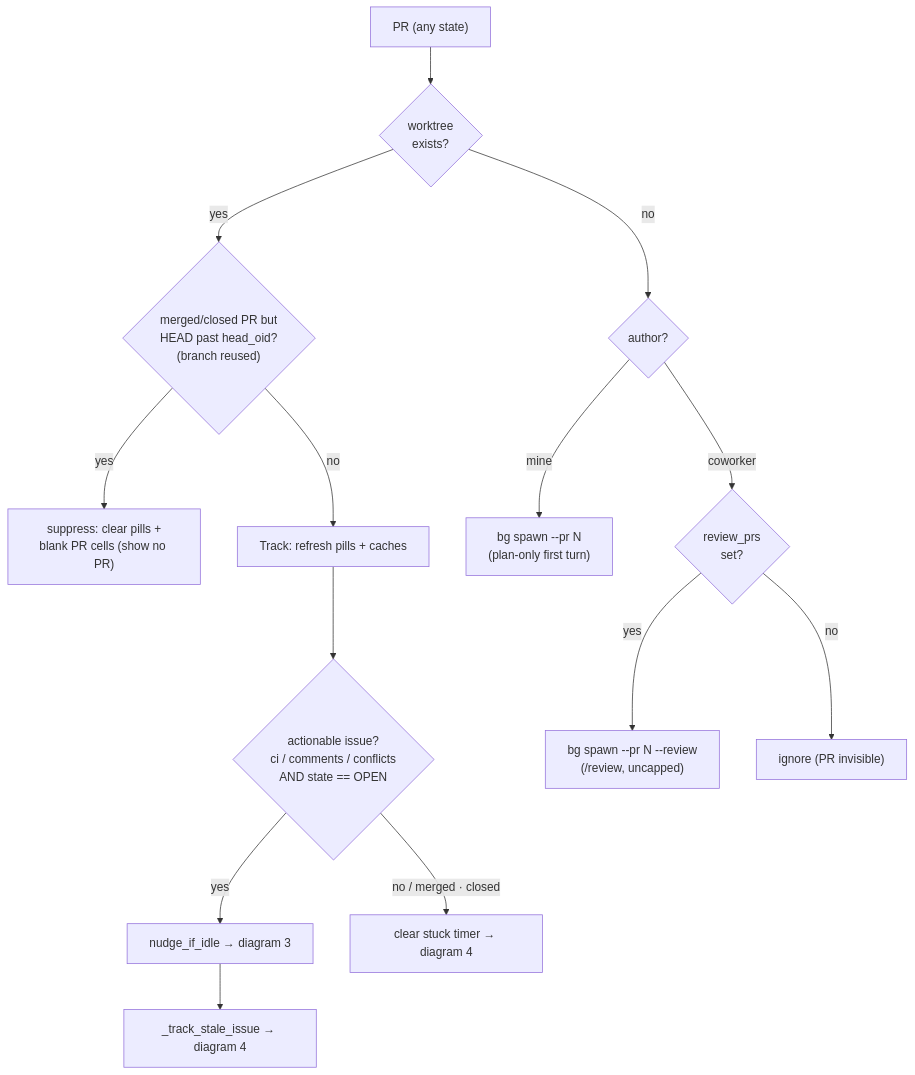
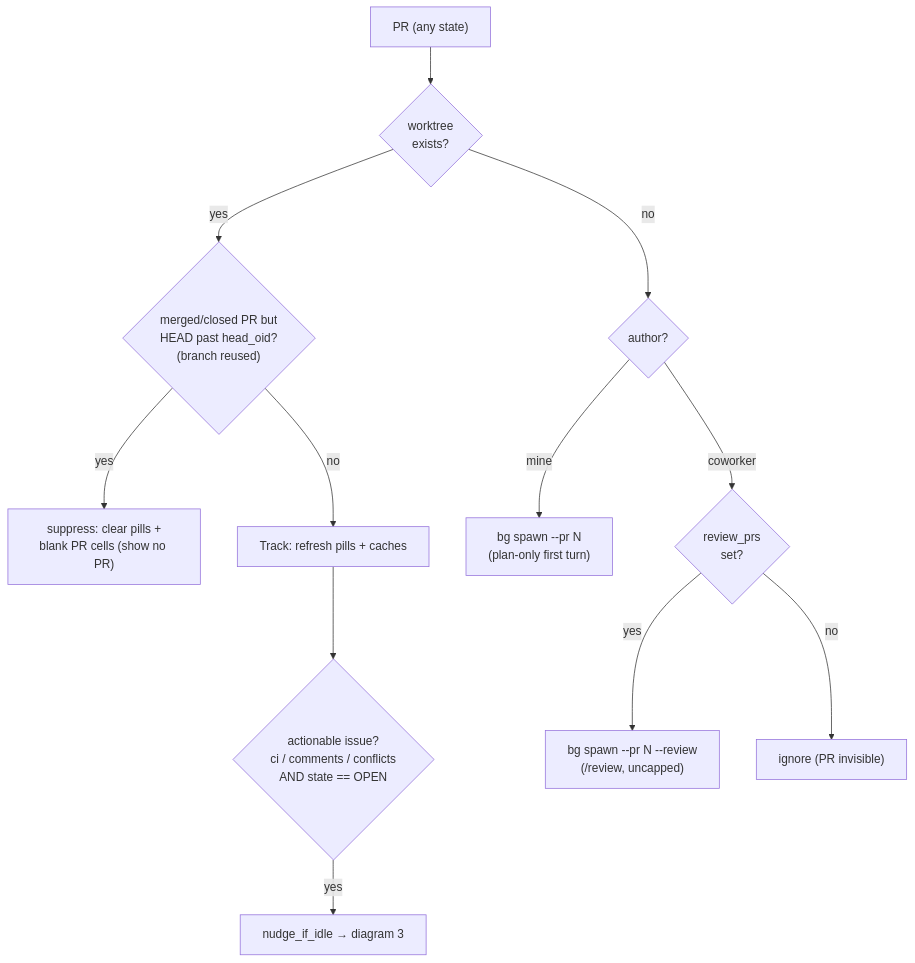
Before and after one commit to khivi/cockpit: the second of 5 diagrams in docs/state-machine.md, drawn with Mermaid. The commit also changed other lines of this file and 136 other files, not shown here.

````diff
--- a/docs/state-machine.md
+++ b/docs/state-machine.md
@@ -88,18 +85,16 @@
 ```mermaid
 flowchart TD
   P["PR (any state)"] --> WT{"worktree<br/>exists?"}
 
   WT -->|yes| REUSE{"merged/closed PR but<br/>HEAD past head_oid?<br/>(branch reused)"}
   REUSE -->|yes| SUP["suppress: clear pills +<br/>blank PR cells (show no PR)"]
   REUSE -->|no| TRACK["Track: refresh pills + caches"]
   TRACK --> ACT{"actionable issue?<br/>ci / comments / conflicts<br/>AND state == OPEN"}
   ACT -->|yes| NUDGE["nudge_if_idle → diagram 3"]
-  ACT -->|"no / merged · closed"| CLR["clear stuck timer → diagram 4"]
-  NUDGE --> ST["_track_stale_issue → diagram 4"]
 
   WT -->|no| WHO{"author?"}
   WHO -->|mine| SP["bg spawn --pr N<br/>(plan-only first turn)"]
   WHO -->|coworker| RV{"review_prs<br/>set?"}
   RV -->|yes| SPR["bg spawn --pr N --review<br/>(/review, uncapped)"]
   RV -->|no| IG["ignore (PR invisible)"]
 ```
````
